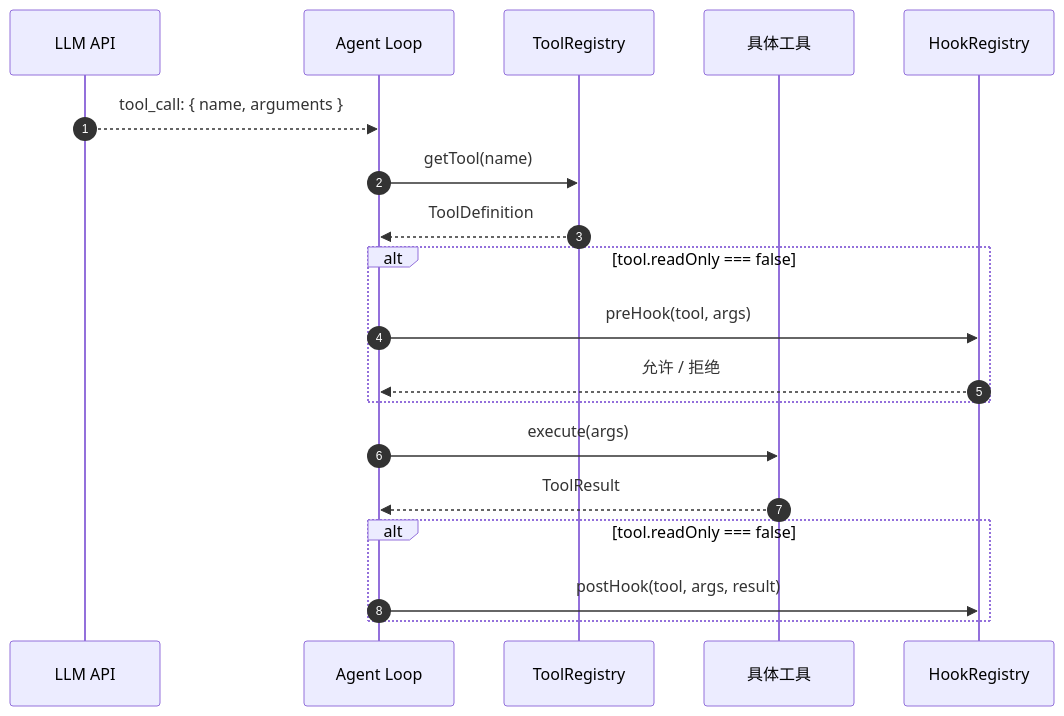
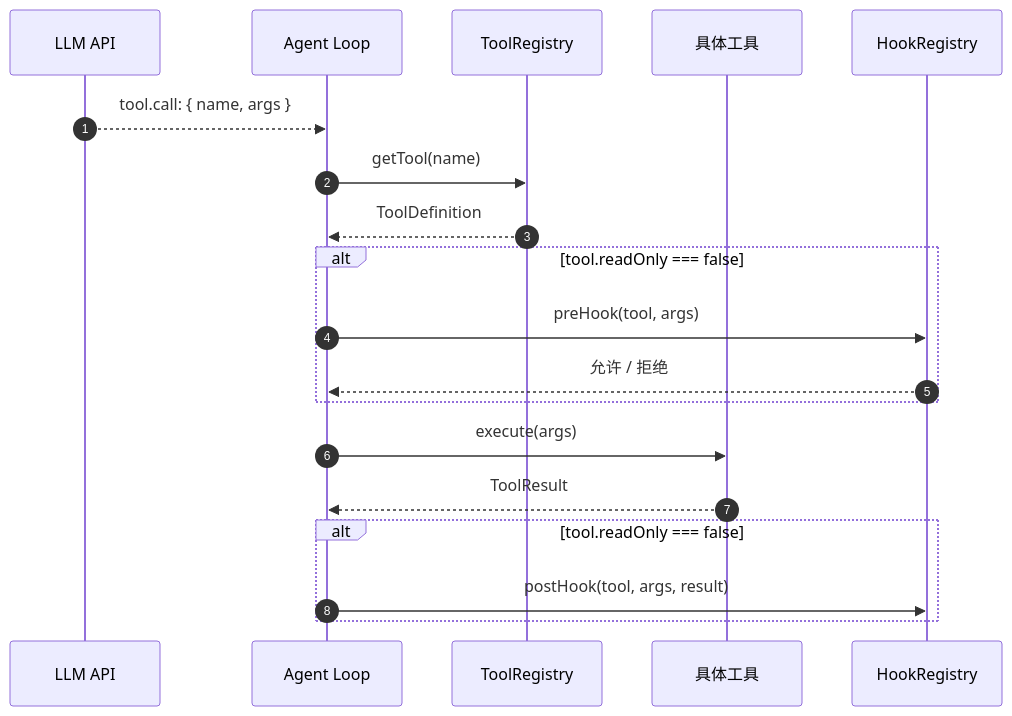
The third of 3 diagrams in docs/architecture/agent/tools.md (golddream-y/obsidian-ratel), drawn with Mermaid before and after one commit. The commit also changed other lines of this file and 3 other files, not shown here.

First line of the commit message:
docs(architecture): 对齐事件名/字段名 + 更新执行边界表

````diff
--- a/docs/architecture/agent/tools.md
+++ b/docs/architecture/agent/tools.md
@@ -147,25 +147,25 @@
 ```mermaid
 sequenceDiagram
     autonumber
     participant LLM as LLM API
     participant AL as Agent Loop
     participant TR as ToolRegistry
     participant TOOL as 具体工具
     participant HK as HookRegistry
 
-    LLM-->>AL: tool_call: { name, arguments }
+    LLM-->>AL: tool.call: { name, args }
     AL->>TR: getTool(name)
     TR-->>AL: ToolDefinition
 
     alt tool.readOnly === false
         AL->>HK: preHook(tool, args)
         HK-->>AL: 允许 / 拒绝
     end
 
     AL->>TOOL: execute(args)
     TOOL-->>AL: ToolResult
 
     alt tool.readOnly === false
         AL->>HK: postHook(tool, args, result)
     end
 ```
````
